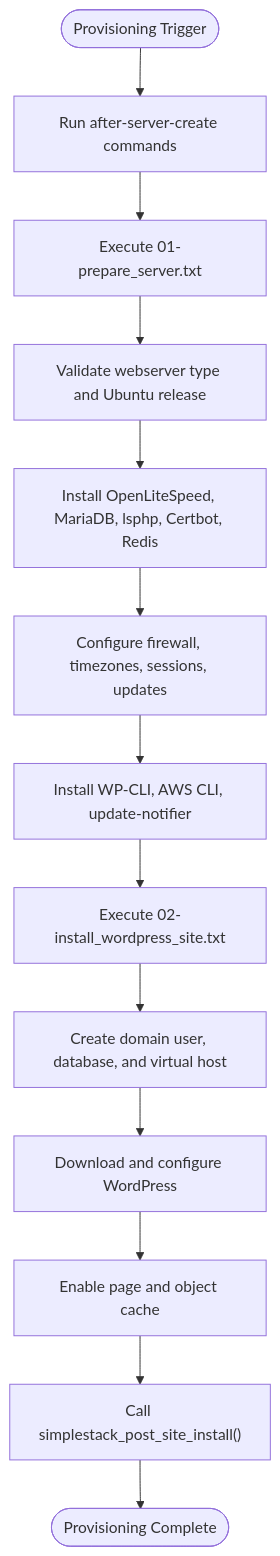
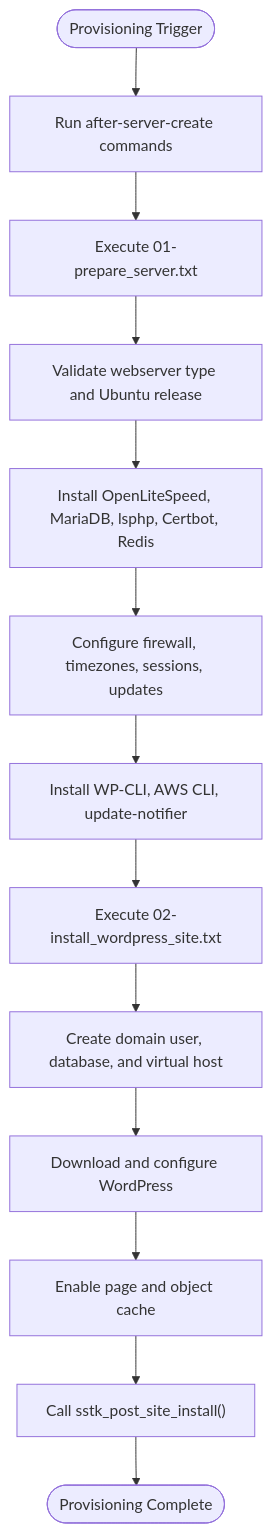
Before and after one commit to onedogsolutions/simple-stack: the third of 7 diagrams in .qoder/repowiki/en/content/WordPress Application Engine/Customization & Extension Points/Provisioning Scripts & Deployment Workflows.md, drawn with Mermaid. The commit also changed other lines of this file and 5941 other files, not shown here.

````diff
--- a/.qoder/repowiki/en/content/WordPress Application Engine/Customization & Extension Points/Provisioning Scripts & Deployment Workflows.md
+++ b/.qoder/repowiki/en/content/WordPress Application Engine/Customization & Extension Points/Provisioning Scripts & Deployment Workflows.md
@@ -132,15 +132,15 @@
 ```mermaid
 flowchart TD
 Start(["Provisioning Trigger"]) --> AfterCreate["Run after-server-create commands"]
 AfterCreate --> Prepare["Execute 01-prepare_server.txt"]
 Prepare --> ValidateEnv["Validate webserver type and Ubuntu release"]
 ValidateEnv --> InstallStack["Install OpenLiteSpeed, MariaDB, lsphp, Certbot, Redis"]
 InstallStack --> ConfigureSystem["Configure firewall, timezones, sessions, updates"]
 ConfigureSystem --> InstallTools["Install WP-CLI, AWS CLI, update-notifier"]
 InstallTools --> SiteInstall["Execute 02-install_wordpress_site.txt"]
 SiteInstall --> CreateSite["Create domain user, database, and virtual host"]
 CreateSite --> InstallWP["Download and configure WordPress"]
 InstallWP --> EnableCache["Enable page and object cache"]
-EnableCache --> PostInstall["Call simplestack_post_site_install()"]
+EnableCache --> PostInstall["Call sstk_post_site_install()"]
 PostInstall --> Done(["Provisioning Complete"])
 ```
````
